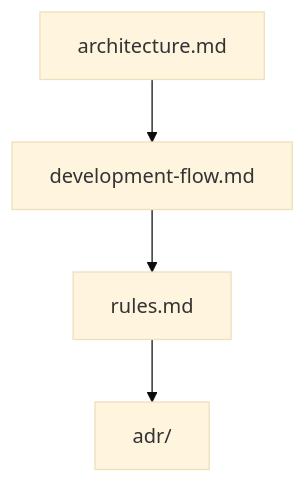
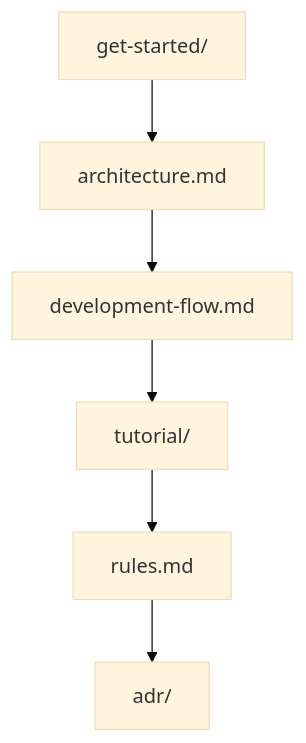
The first of 7 diagrams in docs/index.md (Tomy-ch/go-boilerplate), drawn with Mermaid (base theme) before and after one commit. The commit also changed other lines of this file and 1 other file, not shown here.

````diff
--- a/docs/index.md
+++ b/docs/index.md
@@ -24,4 +46,4 @@
 ```mermaid
 flowchart TB
-    A["architecture.md"] --> B["development-flow.md"] --> C["rules.md"] --> D["adr/"]
+    A["get-started/"] --> B["architecture.md"] --> C["development-flow.md"] --> D["tutorial/"] --> E["rules.md"] --> F["adr/"]
 ```
````
